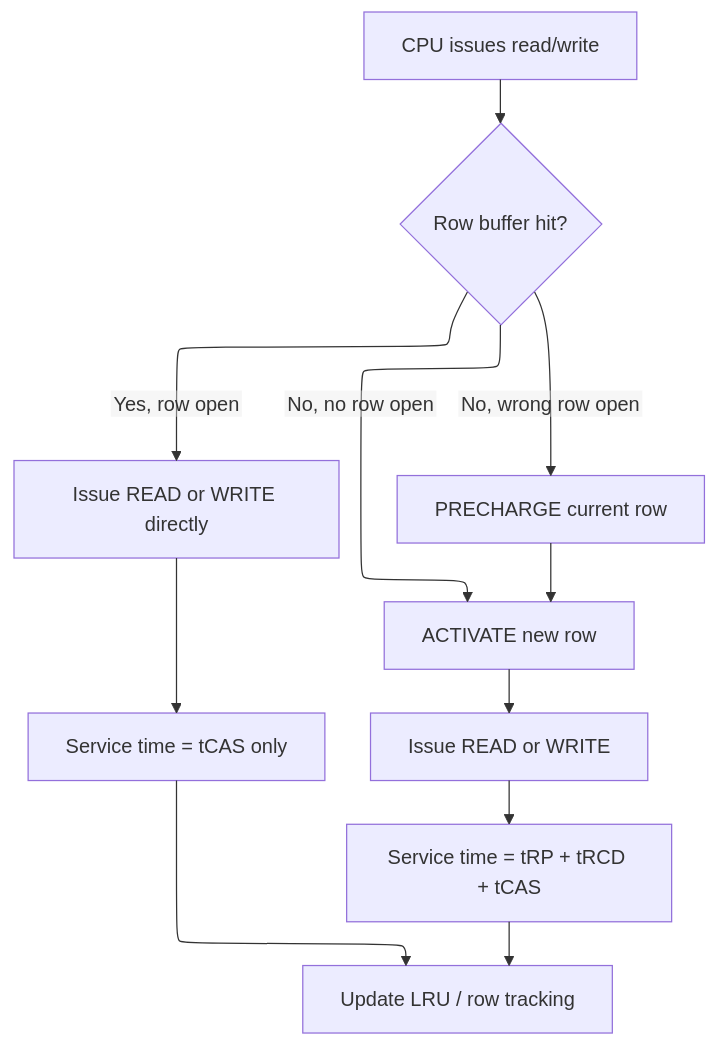
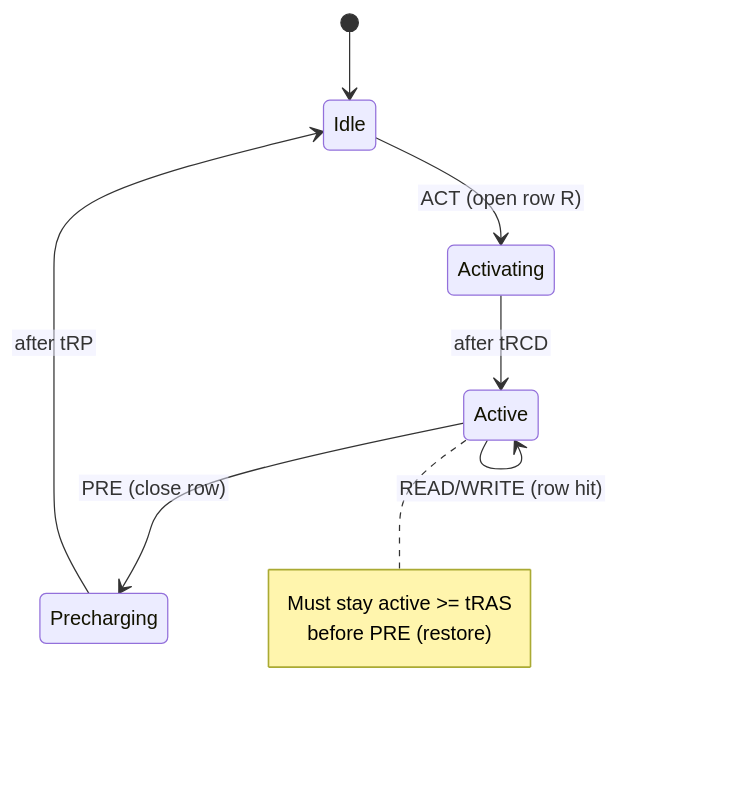
Before and after one commit to Wty2003328/silicon-design-notebook: the diagram in 01_Architecture_and_PPA/10_DDR_Controller.md, drawn with Mermaid. The commit also changed other lines of this file and 26 other files, not shown here.

Commit message:
Concept-first hard rework checkpoint: Architecture, Fundamentals, Power folders complete (~25 pages reworked)

````diff
--- a/01_Architecture_and_PPA/10_DDR_Controller.md
+++ b/01_Architecture_and_PPA/10_DDR_Controller.md
@@ -496,14 +41,14 @@
 ```mermaid
-%%{init: {"flowchart": {"defaultRenderer": "elk", "nodeSpacing": 60, "rankSpacing": 60, "htmlLabels": false}}}%%
-flowchart TD
-    A[CPU issues read/write] --> B{Row buffer hit?}
-    B -->|Yes, row open| C[Issue READ or WRITE directly]
-    C --> D[Service time = tCAS only]
-    B -->|No, wrong row open| E[PRECHARGE current row]
-    E --> F[ACTIVATE new row]
-    F --> G[Issue READ or WRITE]
-    G --> H[Service time = tRP + tRCD + tCAS]
-    B -->|No, no row open| F
-    D --> I[Update LRU / row tracking]
-    H --> I
+%%{init: {"flowchart": {"defaultRenderer": "elk", "nodeSpacing": 55, "rankSpacing": 55, "htmlLabels": false}}}%%
+stateDiagram-v2
+    [*] --> Idle
+    Idle --> Activating: ACT (open row R)
+    Activating --> Active: after tRCD
+    Active --> Active: READ/WRITE (row hit)
+    Active --> Precharging: PRE (close row)
+    Precharging --> Idle: after tRP
+    note right of Active
+      Must stay active >= tRAS
+      before PRE (restore)
+    end note
 ```
````
